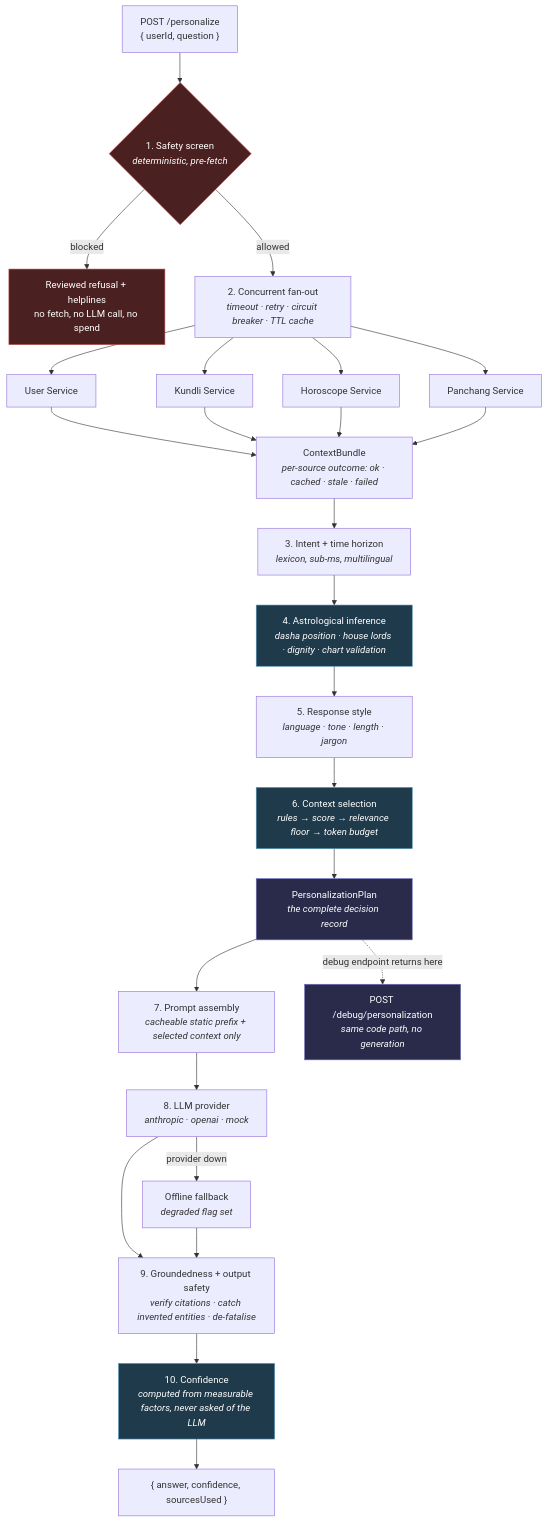
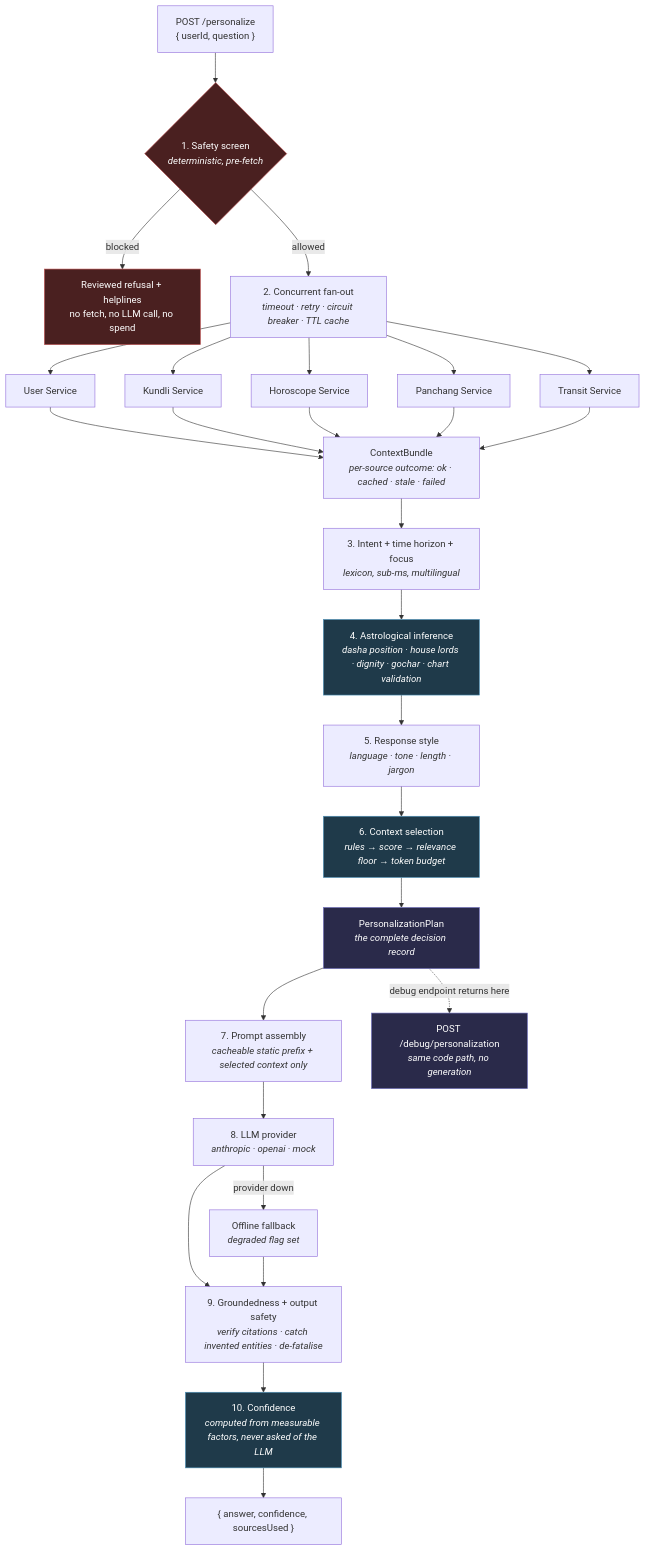
Before and after one commit to Roshan-Kumar-Sharma/astrology-ai-personalization-engine: the first of 3 diagrams in docs/architecture.md, drawn with Mermaid. The commit also changed other lines of this file and 44 other files, not shown here.

````diff
--- a/docs/architecture.md
+++ b/docs/architecture.md
@@ -9,40 +9,41 @@
 ```mermaid
 flowchart TD
     A["POST /personalize<br/>{ userId, question }"] --> B
 
     B{"1. Safety screen<br/><i>deterministic, pre-fetch</i>"}
     B -->|blocked| BX["Reviewed refusal + helplines<br/>no fetch, no LLM call, no spend"]
     B -->|allowed| C
 
     C["2. Concurrent fan-out<br/><i>timeout · retry · circuit breaker · TTL cache</i>"]
     C --> C1[User Service]
     C --> C2[Kundli Service]
     C --> C3[Horoscope Service]
     C --> C4[Panchang Service]
-    C1 & C2 & C3 & C4 --> D
+    C --> C5[Transit Service]
+    C1 & C2 & C3 & C4 & C5 --> D
 
     D["ContextBundle<br/><i>per-source outcome: ok · cached · stale · failed</i>"]
 
-    D --> E["3. Intent + time horizon<br/><i>lexicon, sub-ms, multilingual</i>"]
-    E --> F["4. Astrological inference<br/><i>dasha position · house lords · dignity · chart validation</i>"]
+    D --> E["3. Intent + time horizon + focus<br/><i>lexicon, sub-ms, multilingual</i>"]
+    E --> F["4. Astrological inference<br/><i>dasha position · house lords · dignity · gochar · chart validation</i>"]
     F --> G["5. Response style<br/><i>language · tone · length · jargon</i>"]
     G --> H["6. Context selection<br/><i>rules → score → relevance floor → token budget</i>"]
     H --> I["PersonalizationPlan<br/><i>the complete decision record</i>"]
 
     I --> J["7. Prompt assembly<br/><i>cacheable static prefix + selected context only</i>"]
     J --> K["8. LLM provider<br/><i>anthropic · openai · mock</i>"]
     K -->|provider down| K2["Offline fallback<br/><i>degraded flag set</i>"]
     K & K2 --> L["9. Groundedness + output safety<br/><i>verify citations · catch invented entities · de-fatalise</i>"]
     L --> M["10. Confidence<br/><i>computed from measurable factors, never asked of the LLM</i>"]
     M --> N["{ answer, confidence, sourcesUsed }"]
 
     I -.->|debug endpoint returns here| DBG["POST /debug/personalization<br/><i>same code path, no generation</i>"]
 
     style B fill:#4a2020,stroke:#c05050,color:#fff
     style BX fill:#4a2020,stroke:#c05050,color:#fff
     style F fill:#1f3a4a,stroke:#4a90b8,color:#fff
     style H fill:#1f3a4a,stroke:#4a90b8,color:#fff
     style I fill:#2a2a4a,stroke:#7070c0,color:#fff
     style M fill:#1f3a4a,stroke:#4a90b8,color:#fff
     style DBG fill:#2a2a4a,stroke:#7070c0,color:#fff
 ```
````
